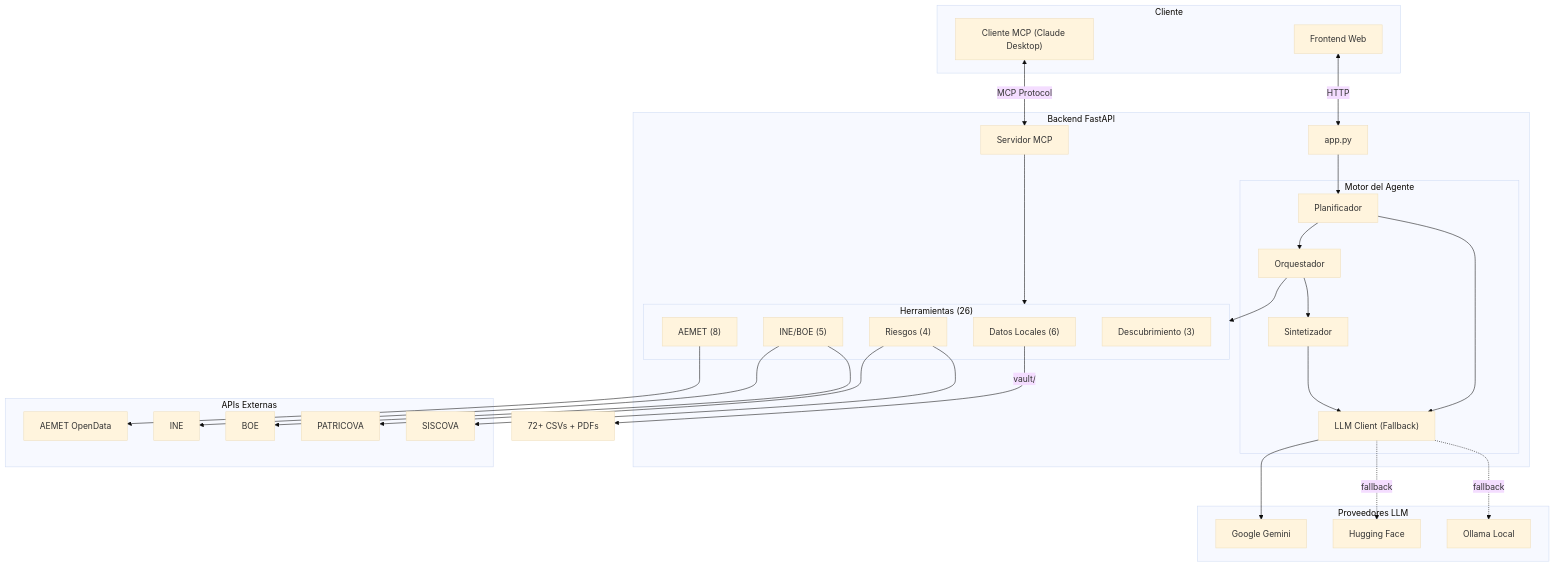
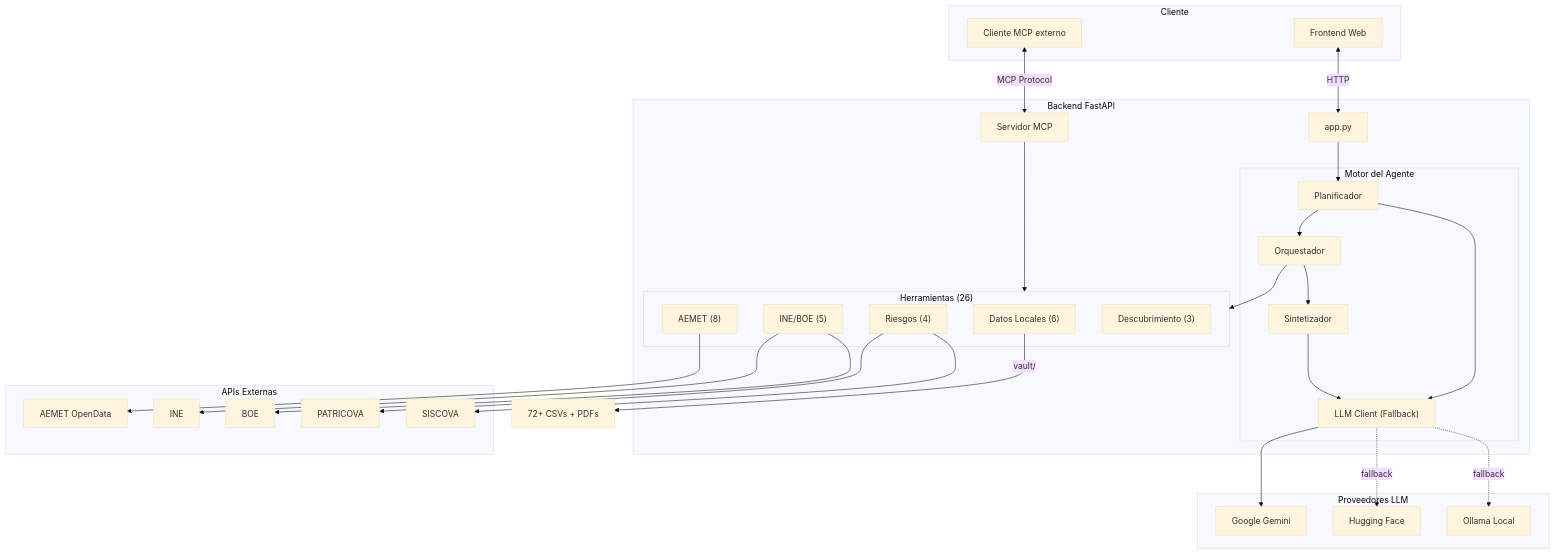
The diagram in README.md (chikabdou06-crypto/Intelligent-Data-Integration-in-Emergencies), drawn with Mermaid (base theme) before and after one commit. The commit also changed other lines of this file, not shown here.

Commit message:
docs: Remove Claude Desktop references from README

````diff
--- a/README.md
+++ b/README.md
@@ -167,58 +167,58 @@
 ```mermaid
 flowchart TB
     subgraph Cliente["Cliente"]
         WebUI["Frontend Web"]
-        MCP_Client["Cliente MCP (Claude Desktop)"]
+        MCP_Client["Cliente MCP externo"]
     end
 
     subgraph Servidor["Backend FastAPI"]
         App["app.py"]
         subgraph Core["Motor del Agente"]
             Planner["Planificador"]
             Orchestrator["Orquestador"]
             Synthesizer["Sintetizador"]
             LLM["LLM Client (Fallback)"]
         end
         subgraph Tools["Herramientas (26)"]
             LocalTools["Datos Locales (6)"]
             AemetTools["AEMET (8)"]
             RiskTools["Riesgos (4)"]
             NationalTools["INE/BOE (5)"]
             DiscoveryTools["Descubrimiento (3)"]
         end
         MCP_Server["Servidor MCP"]
     end
 
     subgraph APIs["APIs Externas"]
         AEMET["AEMET OpenData"]
         INE["INE"]
         BOE["BOE"]
         PATRICOVA["PATRICOVA"]
         SISCOVA["SISCOVA"]
     end
 
     subgraph Providers["Proveedores LLM"]
         Gemini["Google Gemini"]
         HF["Hugging Face"]
         Ollama["Ollama Local"]
     end
 
     WebUI <-->|"HTTP"| App
     MCP_Client <-->|"MCP Protocol"| MCP_Server
     App --> Planner
     Planner --> Orchestrator
     Orchestrator --> Synthesizer
     Planner --> LLM
     Synthesizer --> LLM
     Orchestrator --> Tools
     LLM --> Gemini
     LLM -.->|"fallback"| HF
     LLM -.->|"fallback"| Ollama
     AemetTools --> AEMET
     NationalTools --> INE
     NationalTools --> BOE
     RiskTools --> PATRICOVA
     RiskTools --> SISCOVA
     LocalTools -->|"vault/"| Vault["72+ CSVs + PDFs"]
     MCP_Server --> Tools
 ```
````
